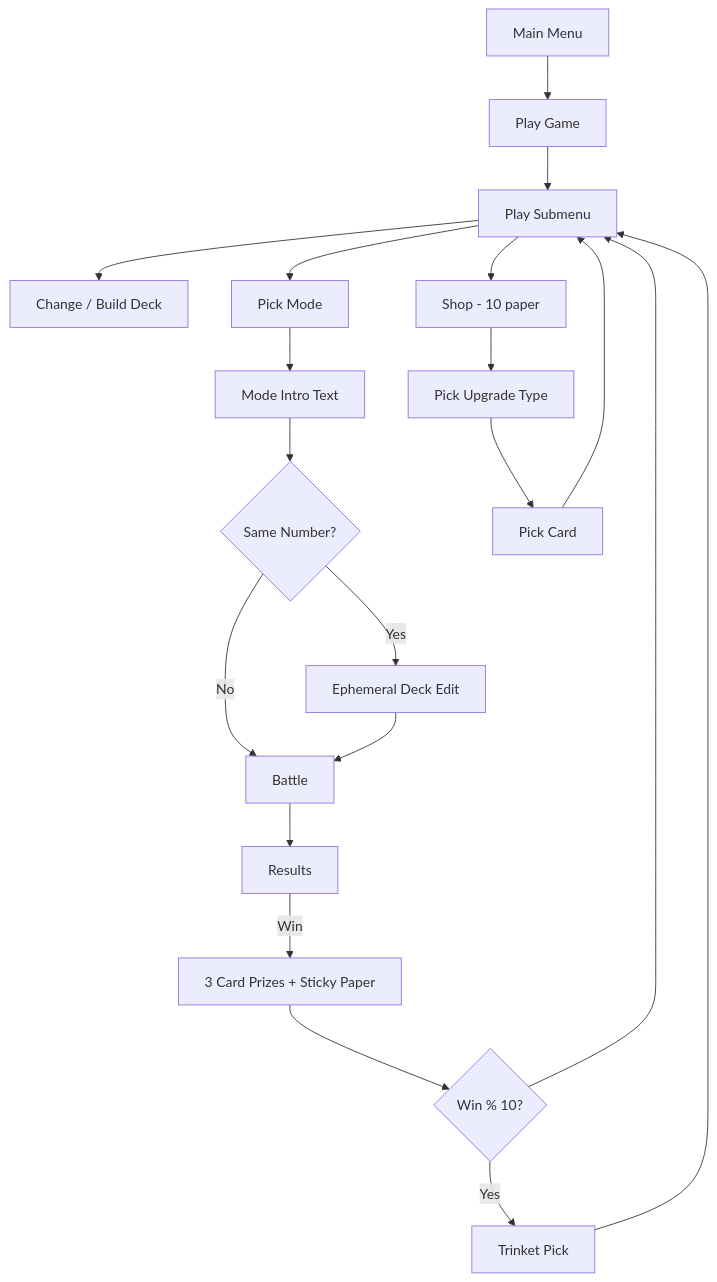
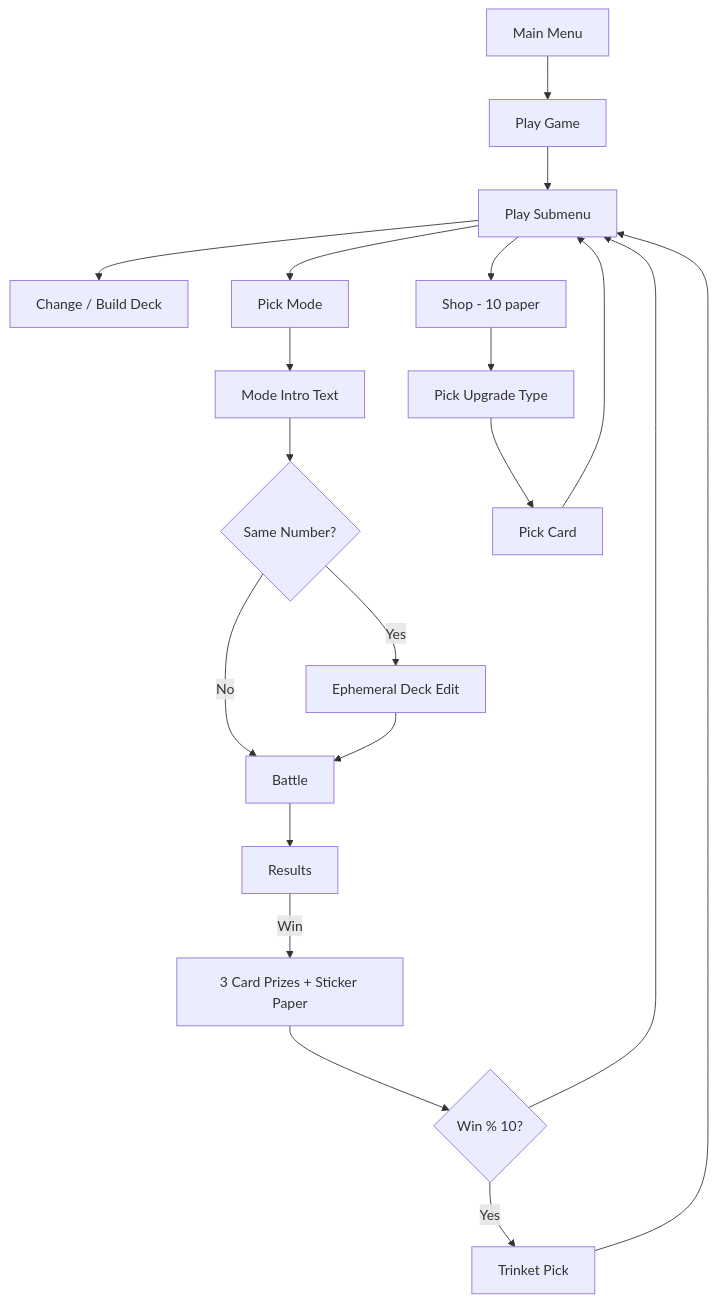
The diagram in docs/FEATURE_PLAN_2026-08.md (theroundball/biggestnumber), drawn with Mermaid before and after one commit. The commit also changed other lines of this file and 37 other files, not shown here.

````diff
--- a/docs/FEATURE_PLAN_2026-08.md
+++ b/docs/FEATURE_PLAN_2026-08.md
@@ -369,22 +369,22 @@
 ```mermaid
 flowchart TD
     MainMenu[Main Menu] --> Play[Play Game]
     Play --> PlayMenu[Play Submenu]
     PlayMenu --> DeckEdit[Change / Build Deck]
     PlayMenu --> Shop[Shop - 10 paper]
     PlayMenu --> ModePick[Pick Mode]
     ModePick --> Intro[Mode Intro Text]
     Intro --> PreDeck{Same Number?}
     PreDeck -->|Yes| TempDeck[Ephemeral Deck Edit]
     PreDeck -->|No| Battle
     TempDeck --> Battle[Battle]
     Battle --> Results[Results]
-    Results -->|Win| Prize[3 Card Prizes + Sticky Paper]
+    Results -->|Win| Prize[3 Card Prizes + Sticker Paper]
     Prize --> Trinket{Win % 10?}
     Trinket -->|Yes| TrinketPick[Trinket Pick]
     Trinket --> PlayMenu
     TrinketPick --> PlayMenu
     Shop --> UpgradePick[Pick Upgrade Type]
     UpgradePick --> TargetPick[Pick Card]
     TargetPick --> PlayMenu
 ```
````
